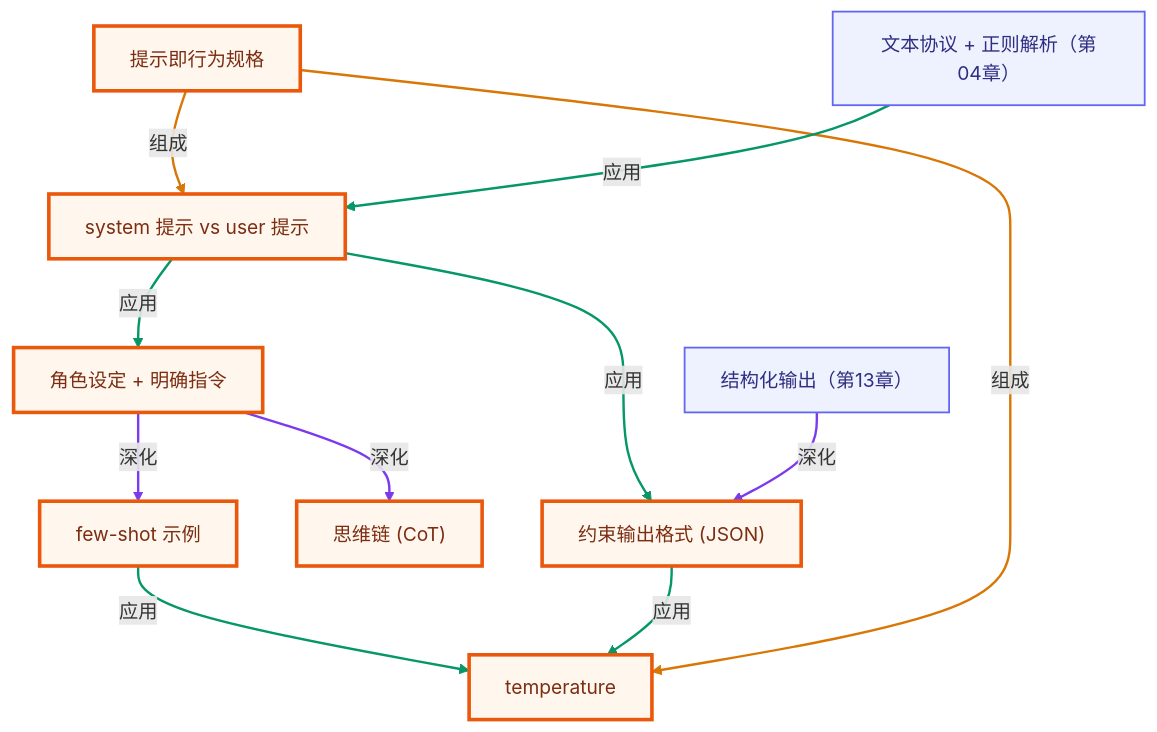
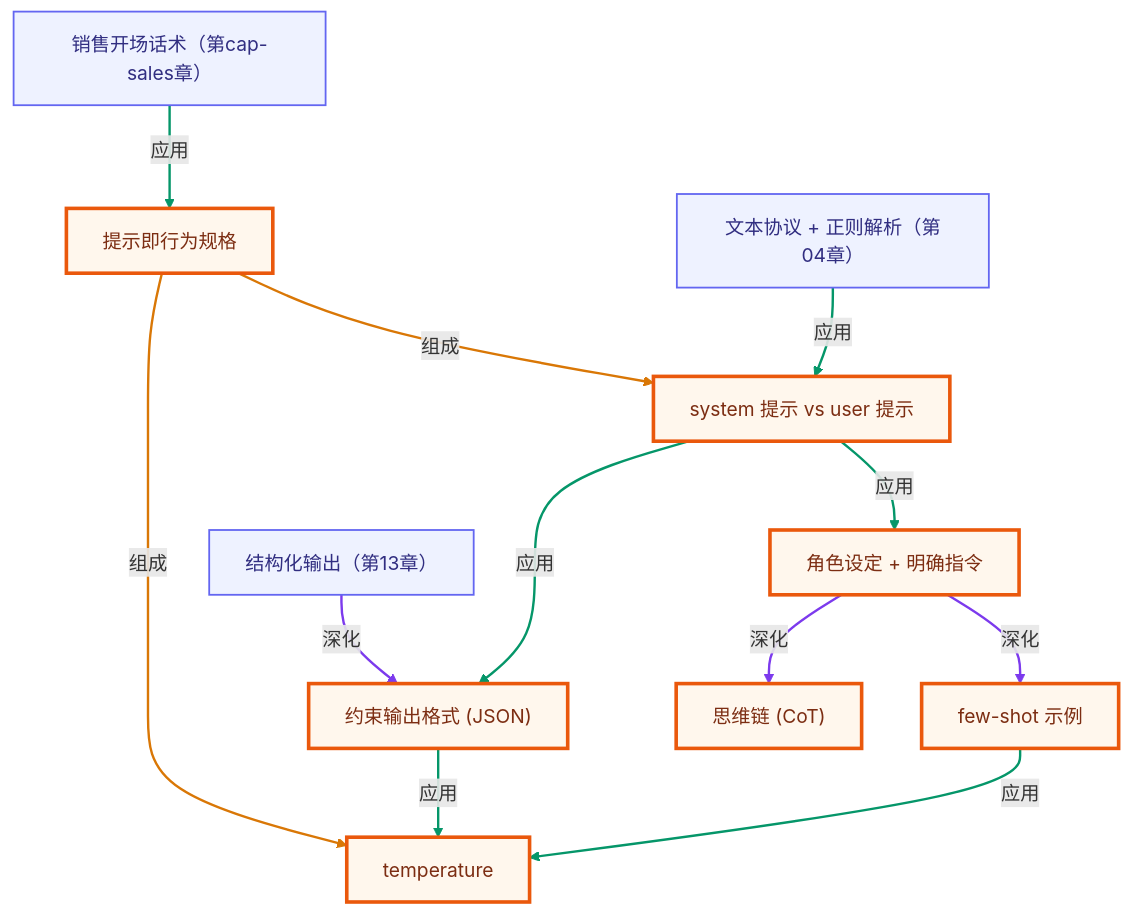
Before and after one commit to songuu/agent: the second of 2 diagrams in lessons/03-prompt-engineering/README.md, drawn with Mermaid. The commit also changed other lines of this file and 37 other files, not shown here.

````diff
--- a/lessons/03-prompt-engineering/README.md
+++ b/lessons/03-prompt-engineering/README.md
@@ -204,36 +204,39 @@
 ```mermaid
 graph TB
   classDef own fill:#fff7ed,stroke:#ea580c,stroke-width:3px,color:#7c2d12;
   classDef cross fill:#eef2ff,stroke:#6366f1,stroke-width:1.5px,color:#312e81;
   n_c03_system_vs_user["system 提示 vs user 提示"]
   n_c03_role_instruction["角色设定 + 明确指令"]
   n_c03_few_shot["few-shot 示例"]
   n_c03_cot["思维链 (CoT)"]
   n_c03_constrained_output["约束输出格式 (JSON)"]
   n_c03_temperature["temperature"]
   n_c03_prompt_as_spec["提示即行为规格"]
   n_c04_text_protocol["文本协议 + 正则解析（第04章）"]
   n_c13_structured_output["结构化输出（第13章）"]
+  n_csales_talk_track["销售开场话术（第cap-sales章）"]
   n_c03_prompt_as_spec -->|组成| n_c03_system_vs_user
   n_c03_system_vs_user -->|应用| n_c03_role_instruction
   n_c03_role_instruction -->|深化| n_c03_few_shot
   n_c03_role_instruction -->|深化| n_c03_cot
   n_c03_system_vs_user -->|应用| n_c03_constrained_output
   n_c03_few_shot -->|应用| n_c03_temperature
   n_c03_constrained_output -->|应用| n_c03_temperature
   n_c03_prompt_as_spec -->|组成| n_c03_temperature
   n_c04_text_protocol -->|应用| n_c03_system_vs_user
   n_c13_structured_output -->|深化| n_c03_constrained_output
+  n_csales_talk_track -->|应用| n_c03_prompt_as_spec
   class n_c03_system_vs_user,n_c03_role_instruction,n_c03_few_shot,n_c03_cot,n_c03_constrained_output,n_c03_temperature,n_c03_prompt_as_spec own;
-  class n_c04_text_protocol,n_c13_structured_output cross;
+  class n_c04_text_protocol,n_c13_structured_output,n_csales_talk_track cross;
   linkStyle 0 stroke:#d97706,stroke-width:2px;
   linkStyle 1 stroke:#059669,stroke-width:2px;
   linkStyle 2 stroke:#7c3aed,stroke-width:2px;
   linkStyle 3 stroke:#7c3aed,stroke-width:2px;
   linkStyle 4 stroke:#059669,stroke-width:2px;
   linkStyle 5 stroke:#059669,stroke-width:2px;
   linkStyle 6 stroke:#059669,stroke-width:2px;
   linkStyle 7 stroke:#d97706,stroke-width:2px;
   linkStyle 8 stroke:#059669,stroke-width:2px;
   linkStyle 9 stroke:#7c3aed,stroke-width:2px;
+  linkStyle 10 stroke:#059669,stroke-width:2px;
 ```
````
